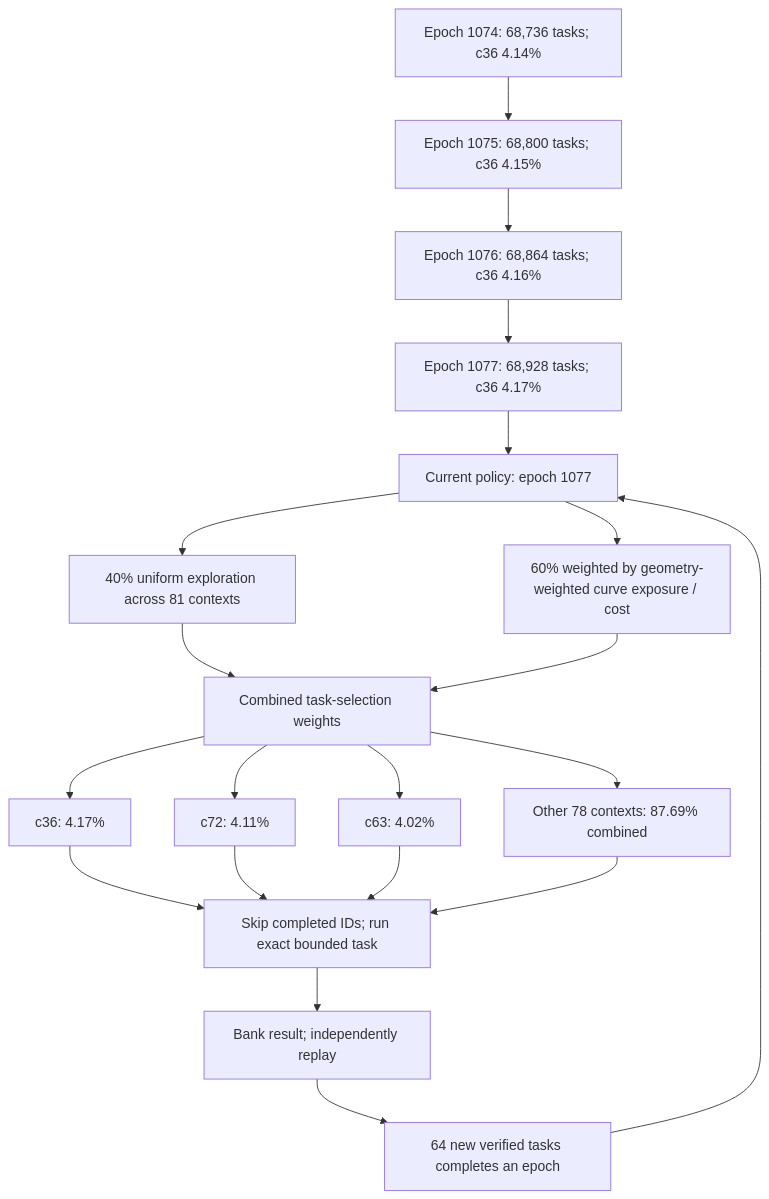
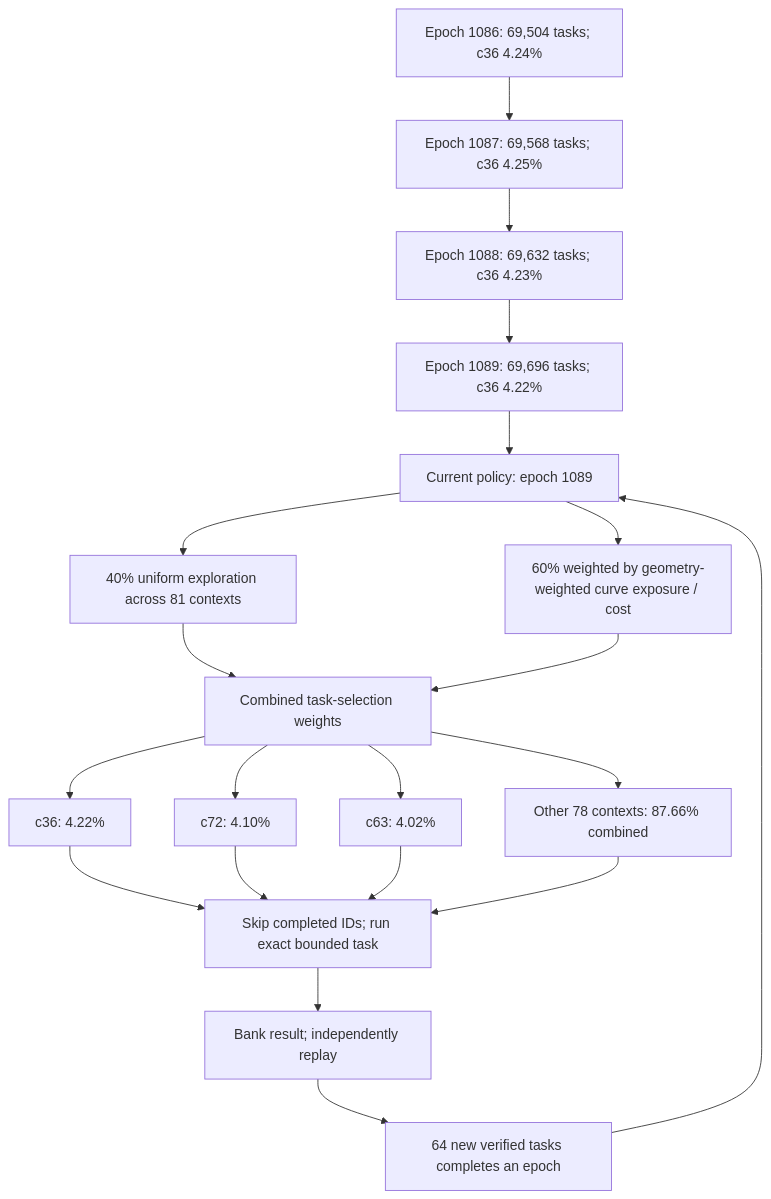
The first of 3 diagrams in README.md (Kuberwastaken/math-gambling), drawn with Mermaid before and after one commit. The commit also changed other lines of this file and 1643 other files, not shown here.

````diff
--- a/README.md
+++ b/README.md
@@ -55,27 +55,27 @@
 ```mermaid
 flowchart TD
-    H0["Epoch 1074: 68,736 tasks; c36 4.14%"]
-    H1["Epoch 1075: 68,800 tasks; c36 4.15%"]
+    H0["Epoch 1086: 69,504 tasks; c36 4.24%"]
+    H1["Epoch 1087: 69,568 tasks; c36 4.25%"]
     H0 --> H1
-    H2["Epoch 1076: 68,864 tasks; c36 4.16%"]
+    H2["Epoch 1088: 69,632 tasks; c36 4.23%"]
     H1 --> H2
-    H3["Epoch 1077: 68,928 tasks; c36 4.17%"]
+    H3["Epoch 1089: 69,696 tasks; c36 4.22%"]
     H2 --> H3
-    Policy["Current policy: epoch 1077"]
+    Policy["Current policy: epoch 1089"]
     H3 --> Policy
     Policy --> Explore["40% uniform exploration across 81 contexts"]
     Policy --> Cost["60% weighted by geometry-weighted curve exposure / cost"]
     Explore --> Mix["Combined task-selection weights"]
     Cost --> Mix
-    Mix --> C0["c36: 4.17%"]
-    Mix --> C1["c72: 4.11%"]
+    Mix --> C0["c36: 4.22%"]
+    Mix --> C1["c72: 4.10%"]
     Mix --> C2["c63: 4.02%"]
-    Mix --> Rest["Other 78 contexts: 87.69% combined"]
+    Mix --> Rest["Other 78 contexts: 87.66% combined"]
     C0 --> Check["Skip completed IDs; run exact bounded task"]
     C1 --> Check
     C2 --> Check
     Rest --> Check
     Check --> Replay["Bank result; independently replay"]
     Replay --> Gate["64 new verified tasks completes an epoch"]
     Gate --> Policy
 ```
````
